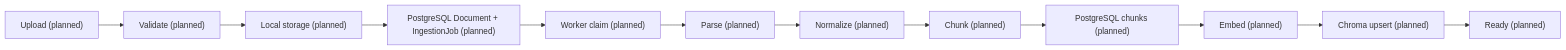
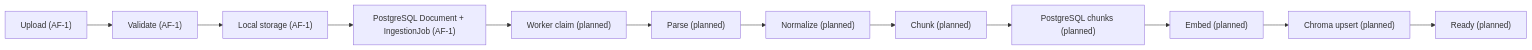
Before and after one commit to hyperweng821-commits/Agentic-Rag-Platform: the second of 4 diagrams in docs/architecture.md, drawn with Mermaid. The commit also changed other lines of this file and 34 other files, not shown here.

````diff
--- a/docs/architecture.md
+++ b/docs/architecture.md
@@ -126,14 +132,14 @@
 ```mermaid
 flowchart LR
-    Upload["Upload (planned)"] --> Validate["Validate (planned)"]
-    Validate --> Storage["Local storage (planned)"]
-    Storage --> Records["PostgreSQL Document + IngestionJob (planned)"]
+    Upload["Upload (AF-1)"] --> Validate["Validate (AF-1)"]
+    Validate --> Storage["Local storage (AF-1)"]
+    Storage --> Records["PostgreSQL Document + IngestionJob (AF-1)"]
     Records --> Claim["Worker claim (planned)"]
     Claim --> Parse["Parse (planned)"]
     Parse --> Normalize["Normalize (planned)"]
     Normalize --> Chunk["Chunk (planned)"]
     Chunk --> PGChunks["PostgreSQL chunks (planned)"]
     PGChunks --> Embed["Embed (planned)"]
     Embed --> Upsert["Chroma upsert (planned)"]
     Upsert --> Ready["Ready (planned)"]
 ```
````
